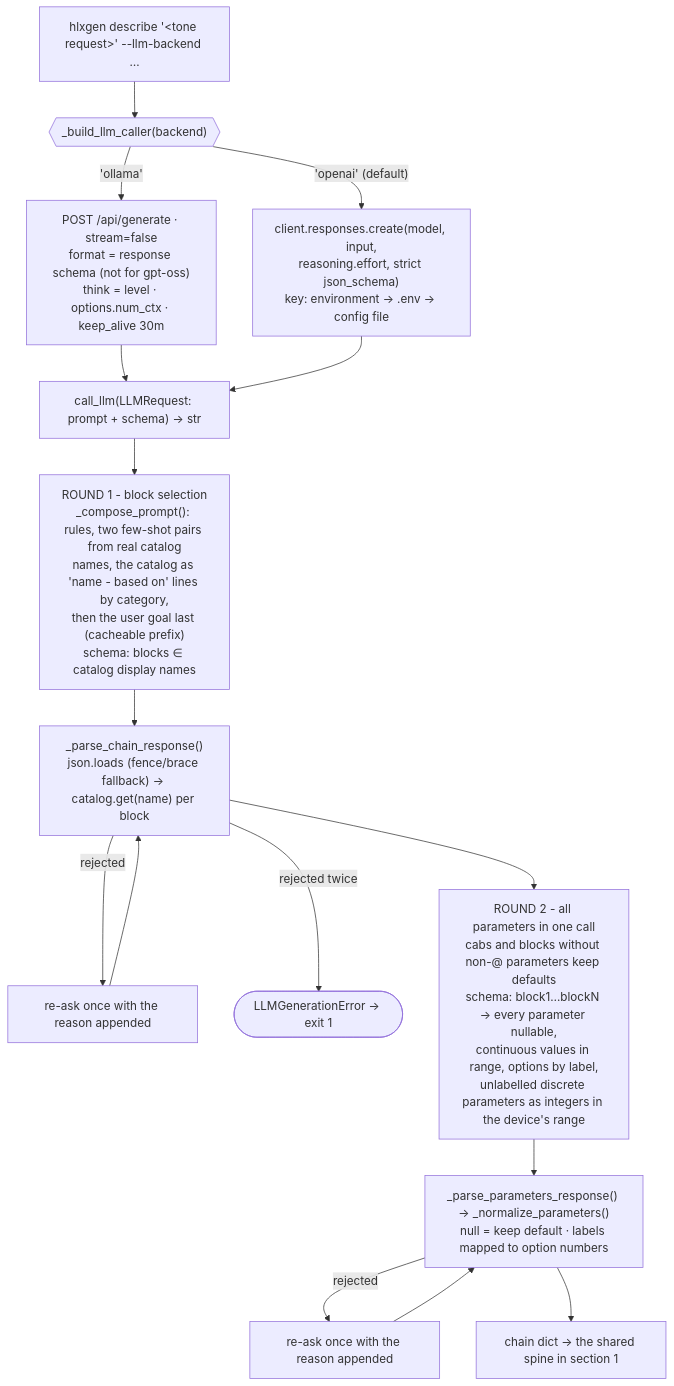
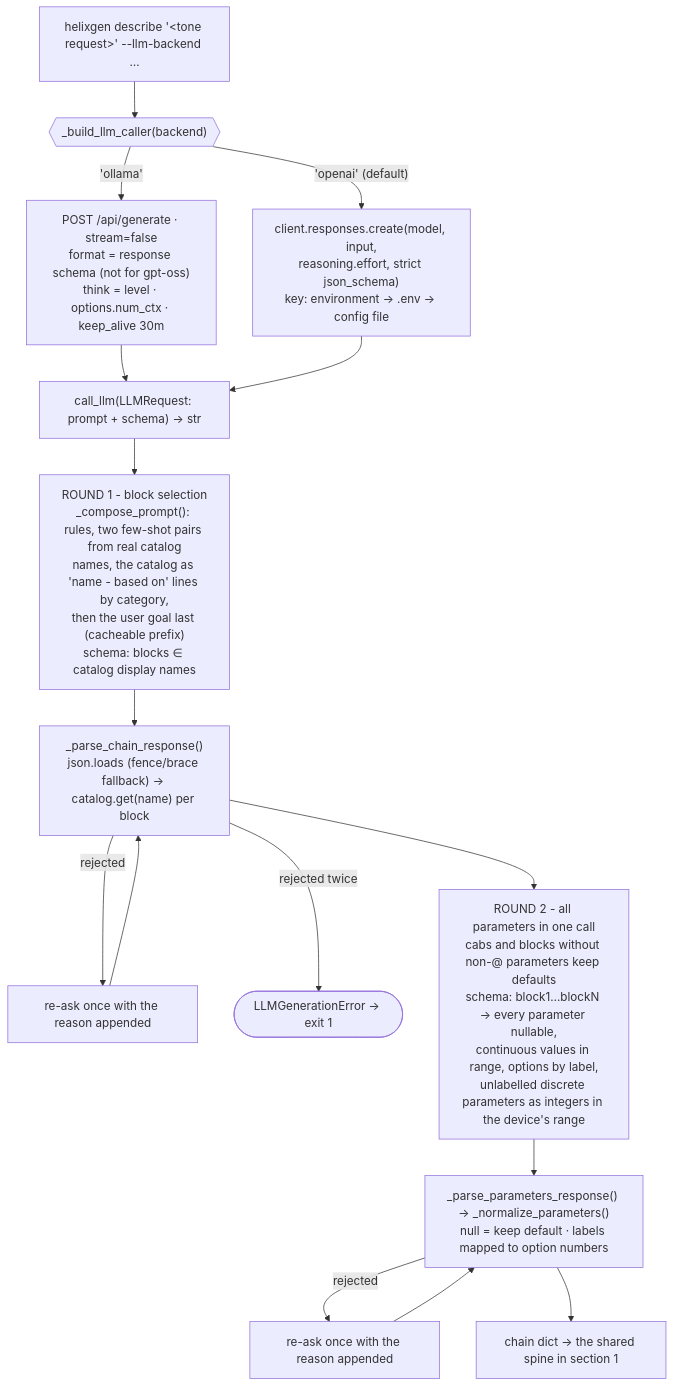
One commit to ORogers/HelixGen changed the second of 5 diagrams in docs/application_flow.md. Above: the diagram before and after it, drawn with Mermaid. The commit also changed other lines of this file and 126 other files, not shown here.

````diff
--- a/docs/application_flow.md
+++ b/docs/application_flow.md
@@ -104,18 +104,18 @@
 ```mermaid
 flowchart TD
-    start["hlxgen describe '&lt;tone request&gt;' --llm-backend …"] --> pick{{"_build_llm_caller(backend)"}}
+    start["helixgen describe '&lt;tone request&gt;' --llm-backend …"] --> pick{{"_build_llm_caller(backend)"}}
     pick -- "'openai' (default)" --> oa["client.responses.create(model, input,<br>reasoning.effort, strict json_schema)<br>key: environment → .env → config file"]
     pick -- "'ollama'" --> ol["POST /api/generate · stream=false<br>format = response schema (not for gpt-oss)<br>think = level · options.num_ctx · keep_alive 30m"]
 
     ol --> closure["call_llm(LLMRequest: prompt + schema) → str"]
     oa --> closure
 
     closure --> r1["ROUND 1 - block selection<br>_compose_prompt(): rules, two few-shot pairs from real catalog<br>names, the catalog as 'name - based on' lines by category,<br>then the user goal last (cacheable prefix)<br>schema: blocks ∈ catalog display names"]
     r1 --> parse["_parse_chain_response()<br>json.loads (fence/brace fallback) → catalog.get(name) per block"]
     parse -- "rejected" --> retry1["re-ask once with the reason appended"] --> parse
     parse -- "rejected twice" --> fail(["LLMGenerationError → exit 1"])
     parse --> r2["ROUND 2 - all parameters in one call<br>cabs and blocks without non-@ parameters keep defaults<br>schema: block1…blockN → every parameter nullable,<br>continuous values in range, options by label,<br>unlabelled discrete parameters as integers in the device's range"]
     r2 --> norm["_parse_parameters_response() → _normalize_parameters()<br>null = keep default · labels mapped to option numbers"]
     norm -- "rejected" --> retry2["re-ask once with the reason appended"] --> norm
     norm --> out["chain dict → the shared spine in section 1"]
 ```
````
